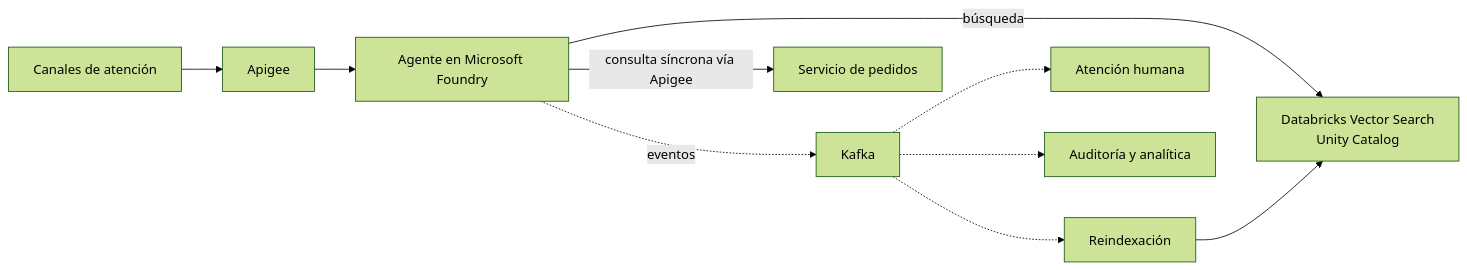
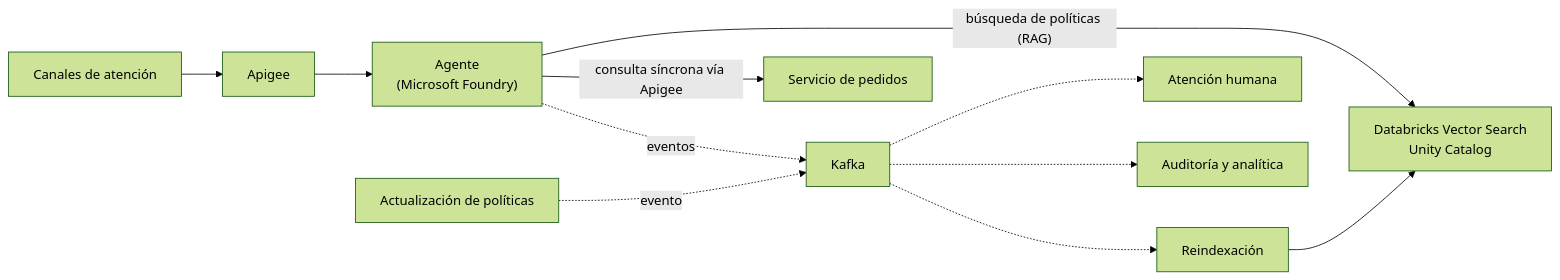
One commit to maugarciavar/garcia_mauricio_prueba_aiengineer changed the second of 2 diagrams in SUBMISSION.md. Above: the diagram before and after it, drawn with Mermaid (forest theme). The commit also changed other lines of this file and 7 other files, not shown here.

````diff
--- a/SUBMISSION.md
+++ b/SUBMISSION.md
@@ -65,11 +69,12 @@
 ```mermaid
 flowchart LR
     C[Canales de atención] --> AP[Apigee]
-    AP --> AG["Agente en Microsoft Foundry"]
-    AG -->|búsqueda| VS["Databricks Vector Search<br/>Unity Catalog"]
+    AP --> AG["Agente<br/>(Microsoft Foundry)"]
+    AG -->|"búsqueda de políticas (RAG)"| VS["Databricks Vector Search<br/>Unity Catalog"]
     AG -->|consulta síncrona vía Apigee| OS[Servicio de pedidos]
     AG -.->|eventos| K[Kafka]
+    PU[Actualización de políticas] -.->|evento| K
     K -.-> H[Atención humana]
     K -.-> AN[Auditoría y analítica]
     K -.-> IDX[Reindexación] --> VS
 ```
````
